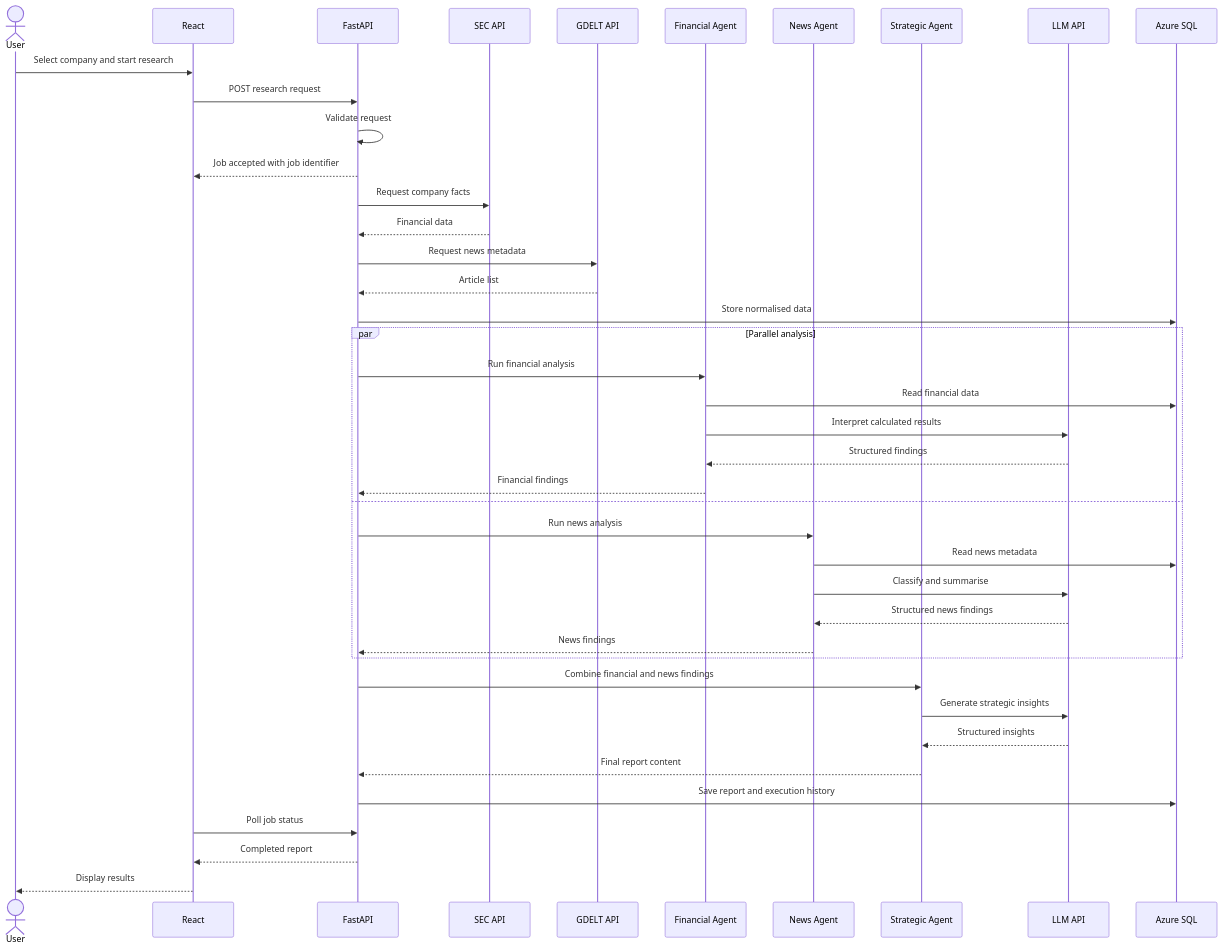
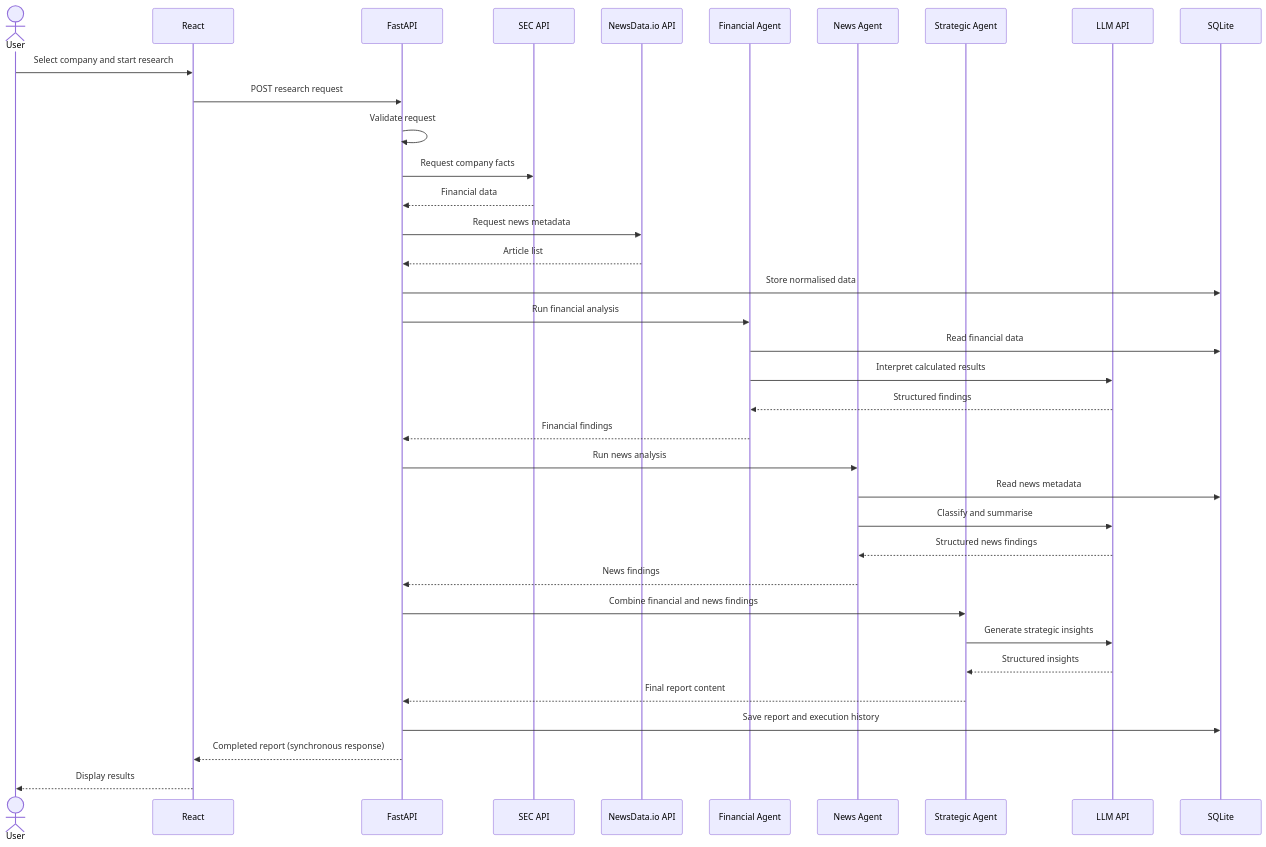
One commit to Hariharan119/ai-business-research-growth-analysis changed the fourth of 4 diagrams in docs/architecture.md. Above: the diagram before and after it, drawn with Mermaid. The commit also changed other lines of this file and 7 other files, not shown here.

Commit message:
Day 1: project structure, documentation and architecture diagrams

````diff
--- a/docs/architecture.md
+++ b/docs/architecture.md
@@ -94,44 +65,39 @@
 ```mermaid
 sequenceDiagram
     actor User
     participant React
     participant FastAPI
     participant SEC as SEC API
-    participant GDELT as GDELT API
+    participant NEWS as NewsData.io API
     participant FA as Financial Agent
     participant NA as News Agent
     participant SA as Strategic Agent
     participant LLM as LLM API
-    participant SQL as Azure SQL
+    participant SQL as SQLite
 
     User->>React: Select company and start research
     React->>FastAPI: POST research request
     FastAPI->>FastAPI: Validate request
-    FastAPI-->>React: Job accepted with job identifier
     FastAPI->>SEC: Request company facts
     SEC-->>FastAPI: Financial data
-    FastAPI->>GDELT: Request news metadata
-    GDELT-->>FastAPI: Article list
+    FastAPI->>NEWS: Request news metadata
+    NEWS-->>FastAPI: Article list
     FastAPI->>SQL: Store normalised data
-    par Parallel analysis
         FastAPI->>FA: Run financial analysis
         FA->>SQL: Read financial data
         FA->>LLM: Interpret calculated results
         LLM-->>FA: Structured findings
         FA-->>FastAPI: Financial findings
-    and
         FastAPI->>NA: Run news analysis
         NA->>SQL: Read news metadata
         NA->>LLM: Classify and summarise
         LLM-->>NA: Structured news findings
         NA-->>FastAPI: News findings
-    end
     FastAPI->>SA: Combine financial and news findings
     SA->>LLM: Generate strategic insights
     LLM-->>SA: Structured insights
     SA-->>FastAPI: Final report content
     FastAPI->>SQL: Save report and execution history
-    React->>FastAPI: Poll job status
-    FastAPI-->>React: Completed report
+    FastAPI-->>React: Completed report (synchronous response)
     React-->>User: Display results
 ```
````
